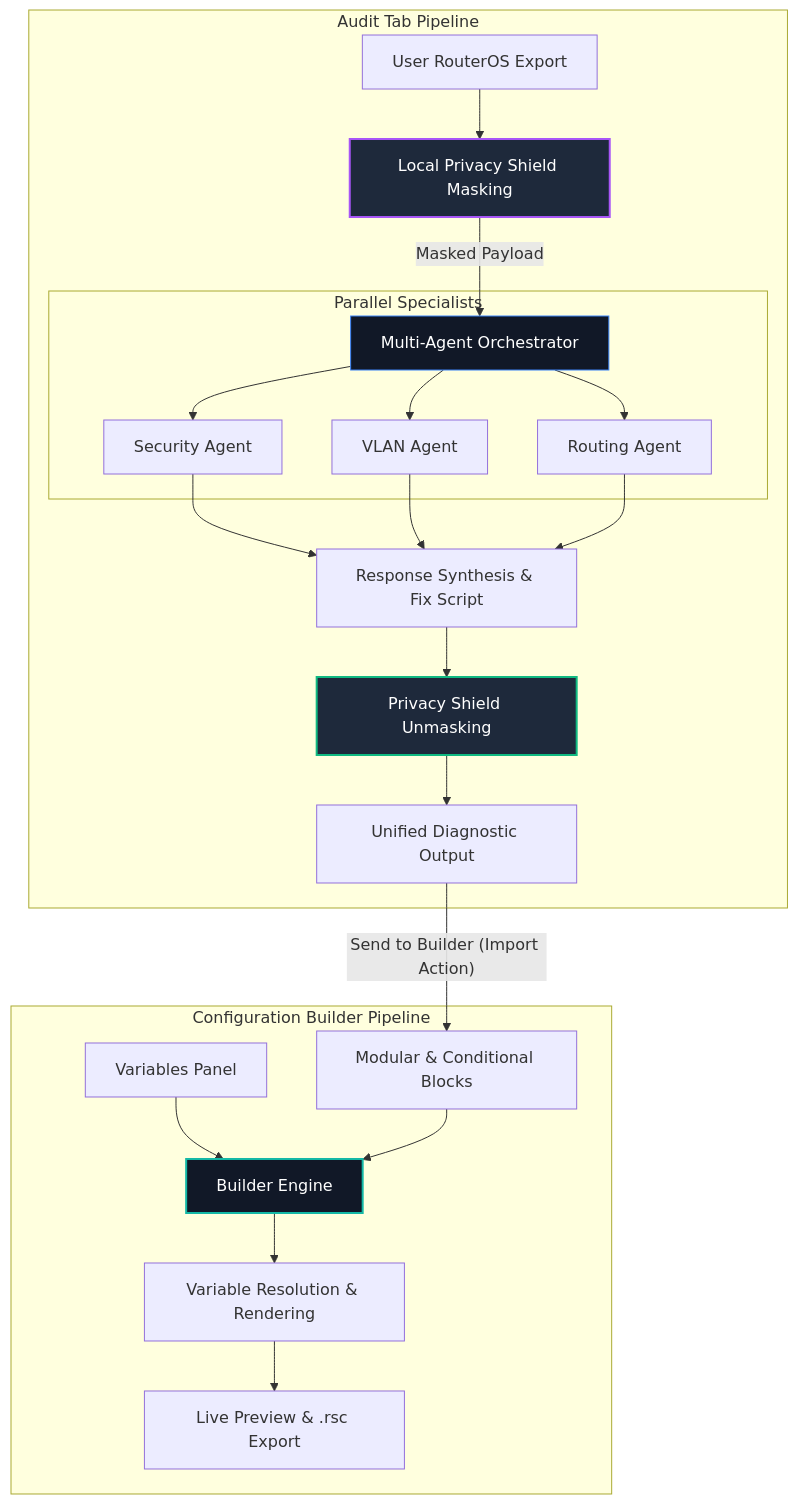
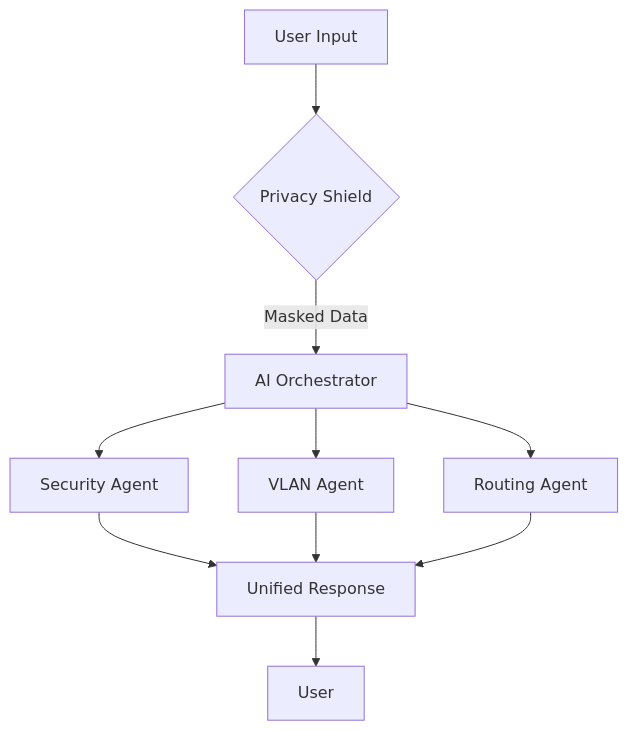
Before and after one commit to Angelo-builds/MikrotikAssistant: the diagram in README.md, drawn with Mermaid. The commit also changed other lines of this file and 5 other files, not shown here.

````diff
--- a/README.md
+++ b/README.md
@@ -65,32 +164,12 @@
 ```mermaid
 graph TD
-    %% Audit Pipeline
-    subgraph Audit Tab Pipeline
-        A[User RouterOS Export] --> B[Local Privacy Shield Masking]
-        B -->|Masked Payload| C[Multi-Agent Orchestrator]
-        subgraph Parallel Specialists
-            C --> D1[Security Agent]
-            C --> D2[VLAN Agent]
-            C --> D3[Routing Agent]
-        end
-        D1 & D2 & D3 --> E[Response Synthesis & Fix Script]
-        E --> F[Privacy Shield Unmasking]
-        F --> G[Unified Diagnostic Output]
-    end
-
-    %% Builder Pipeline
-    subgraph Configuration Builder Pipeline
-        H[Variables Panel] --> I[Builder Engine]
-        J[Modular & Conditional Blocks] --> I
-        I --> K[Variable Resolution & Rendering]
-        K --> L[Live Preview & .rsc Export]
-    end
-
-    %% Data Exchange
-    G -->|"Send to Builder (Import Action)"| J
-
-    style B fill:#1e293b,stroke:#a855f7,stroke-width:2px,color:#fff
-    style F fill:#1e293b,stroke:#10b981,stroke-width:2px,color:#fff
-    style C fill:#111827,stroke:#3b82f6,stroke-width:1px,color:#fff
-    style I fill:#111827,stroke:#14b8a6,stroke-width:2px,color:#fff
+    A[User Input] --> B{Privacy Shield}
+    B -->|Masked Data| C[AI Orchestrator]
+    C --> D[Security Agent]
+    C --> E[VLAN Agent]
+    C --> F[Routing Agent]
+    D --> G[Unified Response]
+    E --> G
+    F --> G
+    G --> H[User]
 ```
````
